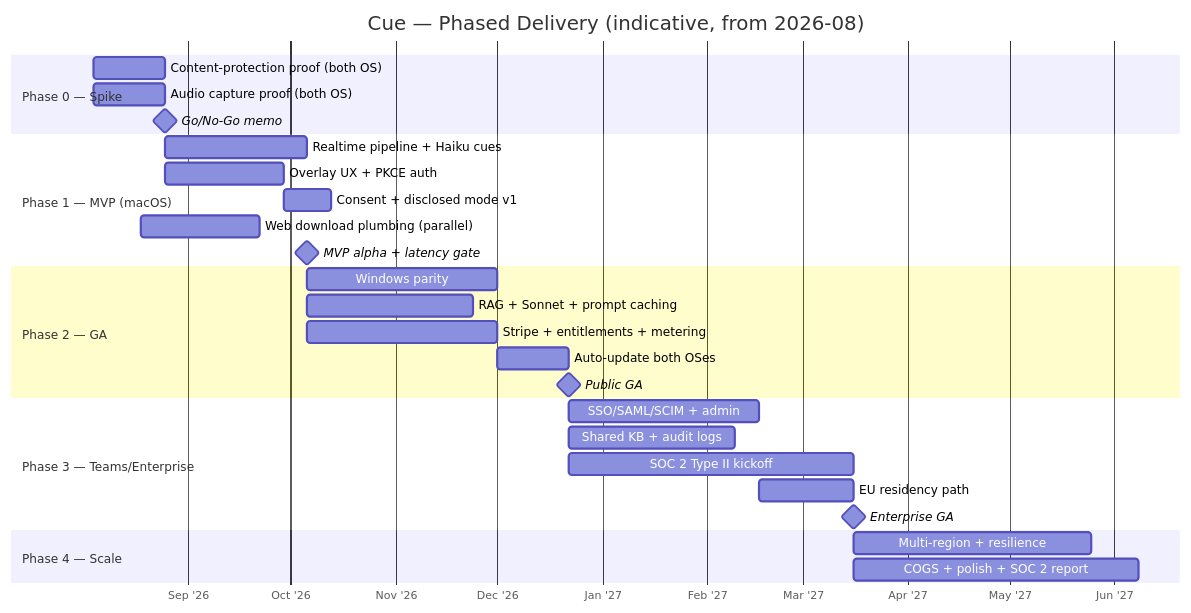
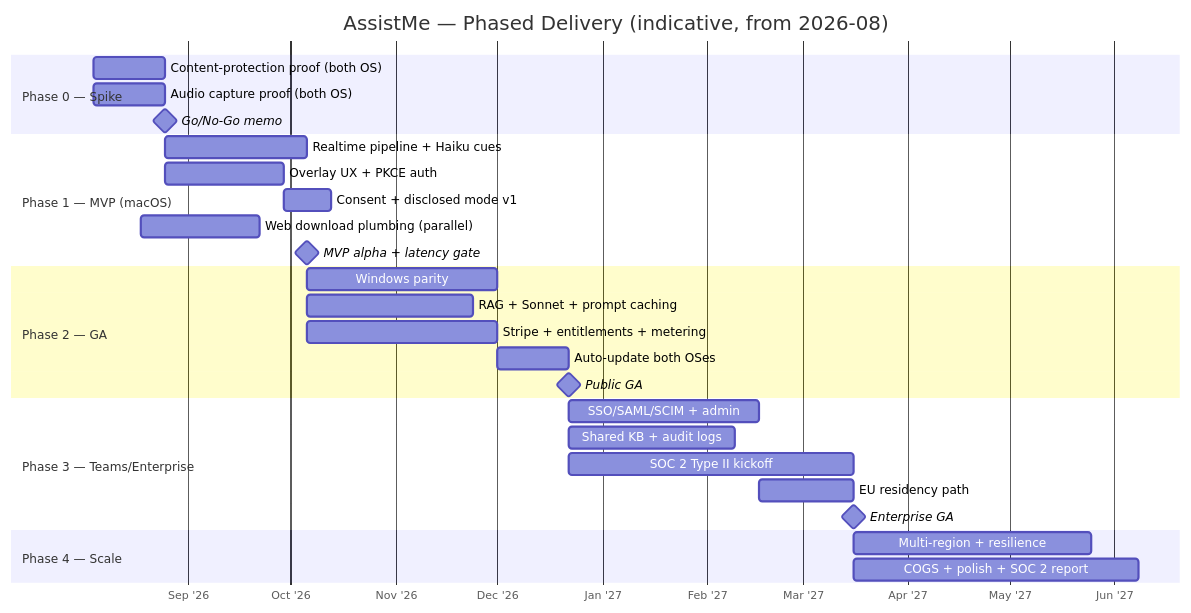
One commit to DarwinCamahalan/meeting-note-taker-ai changed the diagram in docs/80-roadmap.md. Above: the diagram before and after it, drawn with Mermaid. The commit also changed other lines of this file and 60 other files, not shown here.

Commit message:
chore: rebrand Cue -> AssistMe (user-facing name across web/docs/desktop; @cue/* package scope, identifiers, protocol, env unchanged)

````diff
--- a/docs/80-roadmap.md
+++ b/docs/80-roadmap.md
@@ -178,36 +178,36 @@
 ```mermaid
 gantt
-    title Cue — Phased Delivery (indicative, from 2026-08)
+    title AssistMe — Phased Delivery (indicative, from 2026-08)
     dateFormat  YYYY-MM-DD
     axisFormat  %b '%y
 
     section Phase 0 — Spike
     Content-protection proof (both OS)   :p0a, 2026-08-04, 3w
     Audio capture proof (both OS)        :p0b, 2026-08-04, 3w
     Go/No-Go memo                        :milestone, m0, after p0a, 0d
 
     section Phase 1 — MVP (macOS)
     Realtime pipeline + Haiku cues       :p1a, after m0, 6w
     Overlay UX + PKCE auth               :p1b, after m0, 5w
     Consent + disclosed mode v1          :p1c, after p1b, 2w
     Web download plumbing (parallel)     :p1w, 2026-08-18, 5w
     MVP alpha + latency gate             :milestone, m1, after p1a, 0d
 
     section Phase 2 — GA
     Windows parity                       :p2a, after m1, 8w
     RAG + Sonnet + prompt caching        :p2b, after m1, 7w
     Stripe + entitlements + metering     :p2c, after m1, 8w
     Auto-update both OSes                :p2d, after p2a, 3w
     Public GA                            :milestone, m2, after p2d, 0d
 
     section Phase 3 — Teams/Enterprise
     SSO/SAML/SCIM + admin                :p3a, after m2, 8w
     Shared KB + audit logs               :p3b, after m2, 7w
     SOC 2 Type II kickoff                :p3c, after m2, 12w
     EU residency path                    :p3d, after p3a, 4w
     Enterprise GA                        :milestone, m3, after p3c, 0d
 
     section Phase 4 — Scale
     Multi-region + resilience            :p4a, after m3, 10w
     COGS + polish + SOC 2 report         :p4b, after m3, 12w
 ```
````
